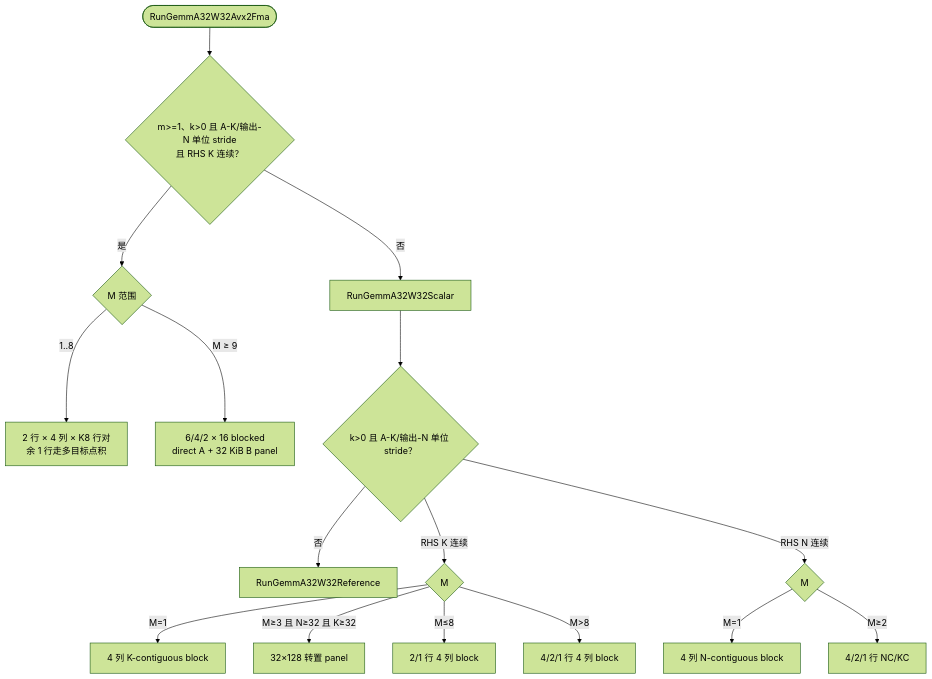
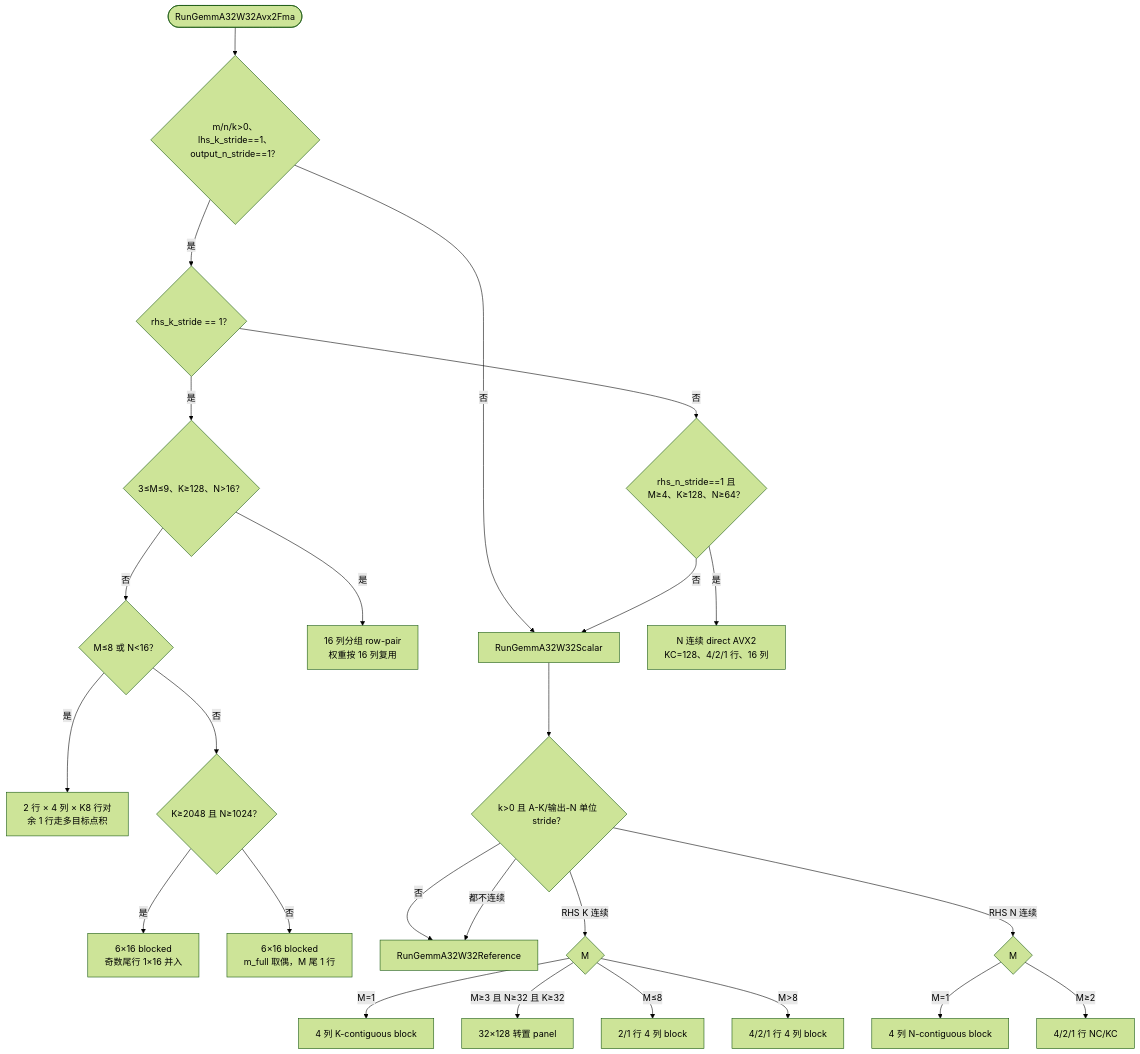
The third of 5 diagrams in docs/handbook/算子系统/算子实现详解/GEMM 内核.md (fengjiran/AetherMind), drawn with Mermaid (forest theme) before and after one commit. The commit also changed other lines of this file, not shown here.

Commit message:
docs(gemm): update AVX2 dispatch and kernel selection

````diff
--- a/docs/handbook/算子系统/算子实现详解/GEMM 内核.md
+++ b/docs/handbook/算子系统/算子实现详解/GEMM 内核.md
@@ -311,18 +322,27 @@
 ```mermaid
 flowchart TD
-    Enter(["RunGemmA32W32Avx2Fma"]) --> Layout{"m>=1、k>0 且 A-K/输出-N 单位 stride<br/>且 RHS K 连续？"}
-    Layout -->|否| Scalar["RunGemmA32W32Scalar"]
-    Layout -->|是| Mrange{"M 范围"}
-    Mrange -->|"1..8"| RowPair["2 行 × 4 列 × K8 行对<br/>余 1 行走多目标点积"]
-    Mrange -->|"M ≥ 9"| Blocked["6/4/2 × 16 blocked<br/>direct A + 32 KiB B panel"]
+    Enter(["RunGemmA32W32Avx2Fma"]) --> Base{"m/n/k>0、lhs_k_stride==1、<br/>output_n_stride==1？"}
+    Base -->|否| Scalar["RunGemmA32W32Scalar"]
+    Base -->|是| RhsK{"rhs_k_stride == 1？"}
+    RhsK -->|是| KGroup{"3≤M≤9、K≥128、N>16？"}
+    KGroup -->|是| ColGroup["16 列分组 row-pair<br/>权重按 16 列复用"]
+    KGroup -->|否| KSmall{"M≤8 或 N<16？"}
+    KSmall -->|是| RowPair["2 行 × 4 列 × K8 行对<br/>余 1 行走多目标点积"]
+    KSmall -->|否| OddTail{"K≥2048 且 N≥1024？"}
+    OddTail -->|是| BlockedOdd["6×16 blocked<br/>奇数尾行 1×16 并入"]
+    OddTail -->|否| Blocked["6×16 blocked<br/>m_full 取偶，M 尾 1 行"]
+    RhsK -->|否| RhsN{"rhs_n_stride==1 且<br/>M≥4、K≥128、N≥64？"}
+    RhsN -->|是| NContig["N 连续 direct AVX2<br/>KC=128、4/2/1 行、16 列"]
+    RhsN -->|否| Scalar
     Scalar --> ScalarLayout{"k>0 且 A-K/输出-N 单位 stride？"}
     ScalarLayout -->|否| Ref["RunGemmA32W32Reference"]
     ScalarLayout -->|"RHS K 连续"| KPath{"M"}
     KPath -->|"M=1"| K4["4 列 K-contiguous block"]
     KPath -->|"M≥3 且 N≥32 且 K≥32"| Panel["32×128 转置 panel"]
-    KPath -->|"M≤8"| KSmall["2/1 行 4 列 block"]
+    KPath -->|"M≤8"| KSmallScalar["2/1 行 4 列 block"]
     KPath -->|"M>8"| KGeneric["4/2/1 行 4 列 block"]
     ScalarLayout -->|"RHS N 连续"| NPath{"M"}
     NPath -->|"M=1"| N4["4 列 N-contiguous block"]
     NPath -->|"M≥2"| NGeneric["4/2/1 行 NC/KC"]
+    ScalarLayout -->|"都不连续"| Ref
 ```
````
